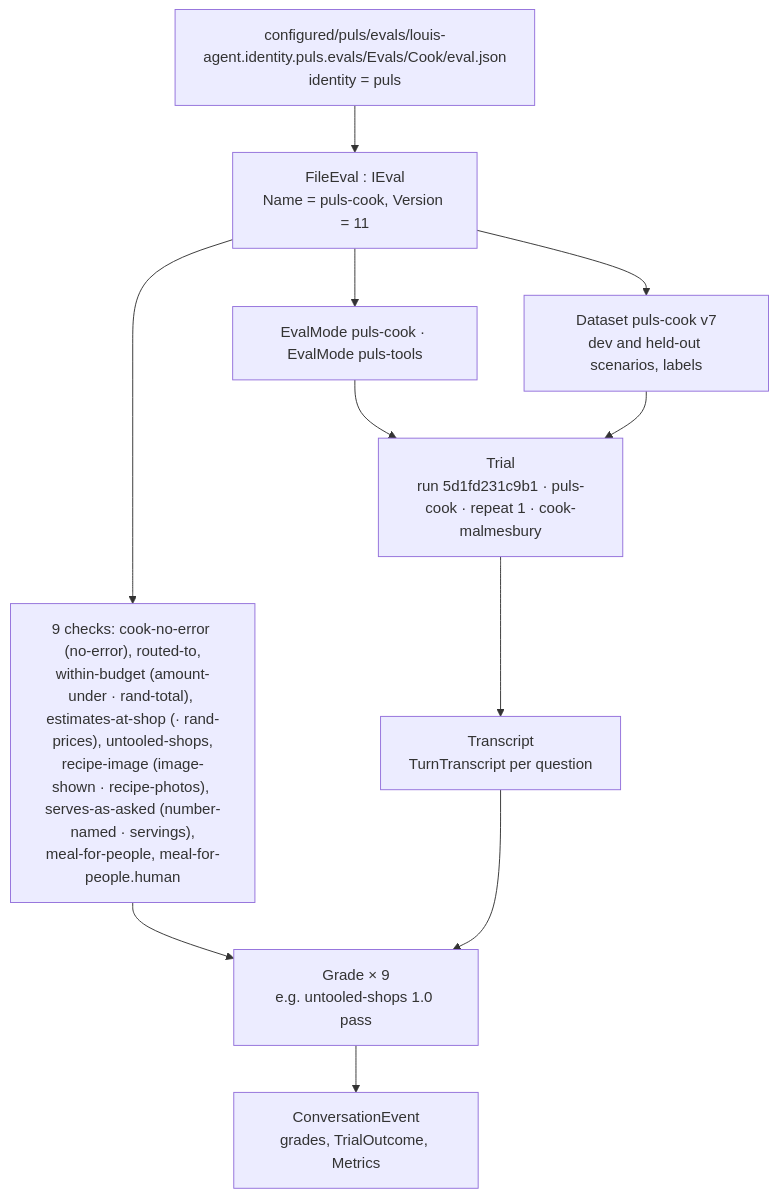
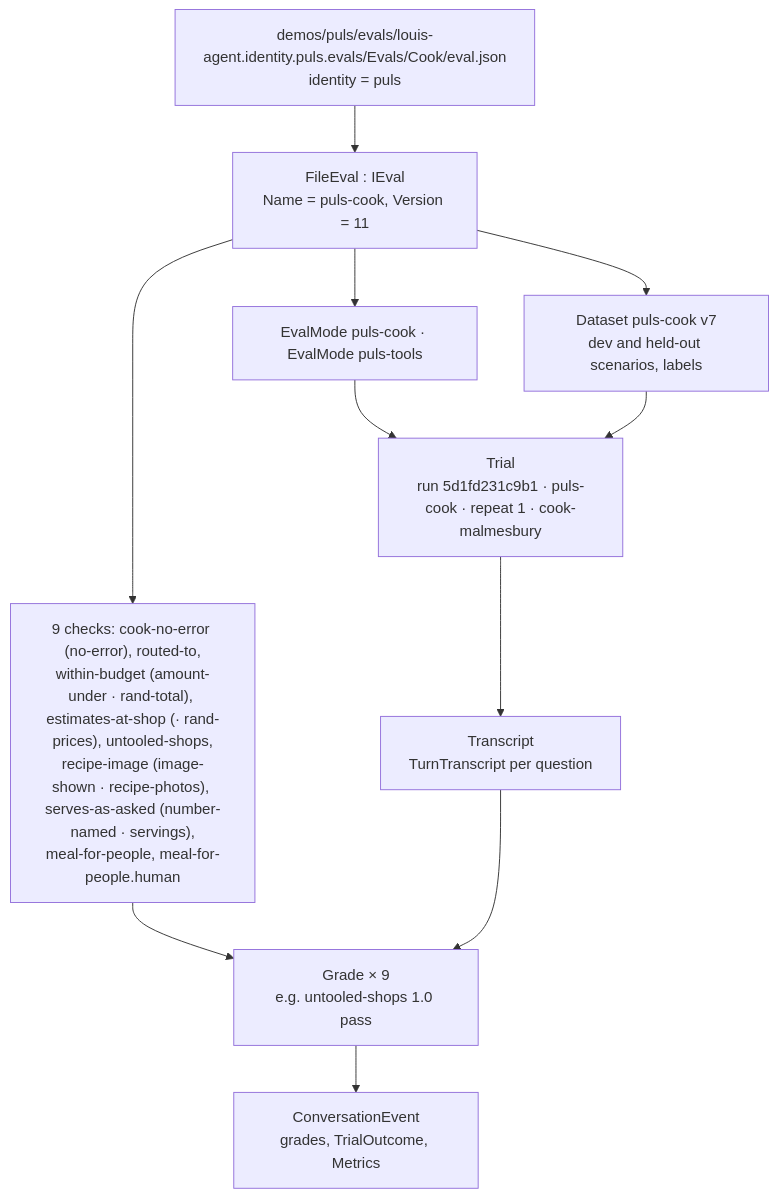
One commit to bosbevk/louis-agent changed the third of 5 diagrams in docs/architecture/evals.md. Above: the diagram before and after it, drawn with Mermaid. The commit also changed other lines of this file and 856 other files, not shown here.

First line of the commit message:
refactor(cl29.1): configured is called demos

````diff
--- a/docs/architecture/evals.md
+++ b/docs/architecture/evals.md
@@ -210,22 +210,22 @@
 ```mermaid
 flowchart TB
-  set["configured/puls/evals/louis-agent.identity.puls.evals/Evals/Cook/eval.json<br/>identity = puls"]
+  set["demos/puls/evals/louis-agent.identity.puls.evals/Evals/Cook/eval.json<br/>identity = puls"]
   eval["FileEval : IEval<br/>Name = puls-cook, Version = 11"]
   modes["EvalMode puls-cook · EvalMode puls-tools"]
   data["Dataset puls-cook v7<br/>dev and held-out scenarios, labels"]
   graders["9 checks: cook-no-error (no-error), routed-to,<br/>within-budget (amount-under · rand-total), estimates-at-shop (· rand-prices), untooled-shops,<br/>recipe-image (image-shown · recipe-photos), serves-as-asked (number-named · servings),<br/>meal-for-people, meal-for-people.human"]
   trial["Trial<br/>run 5d1fd231c9b1 · puls-cook · repeat 1 · cook-malmesbury"]
   transcript["Transcript<br/>TurnTranscript per question"]
   grades["Grade × 9<br/>e.g. untooled-shops 1.0 pass"]
   conv["ConversationEvent<br/>grades, TrialOutcome, Metrics"]
   set --> eval
   eval --> modes
   eval --> data
   eval --> graders
   modes --> trial
   data --> trial
   trial --> transcript
   graders --> grades
   transcript --> grades
   grades --> conv
 ```
````
